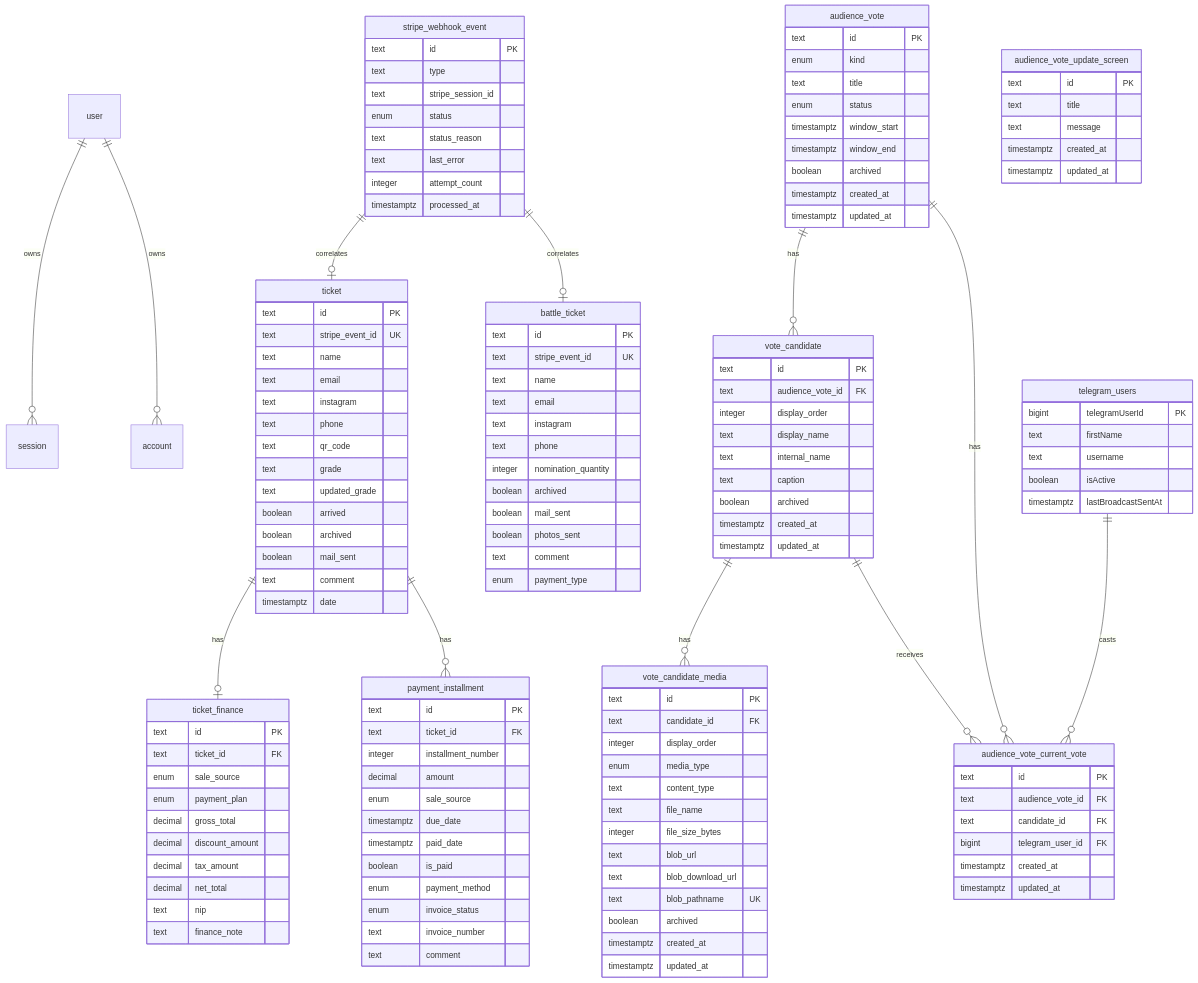
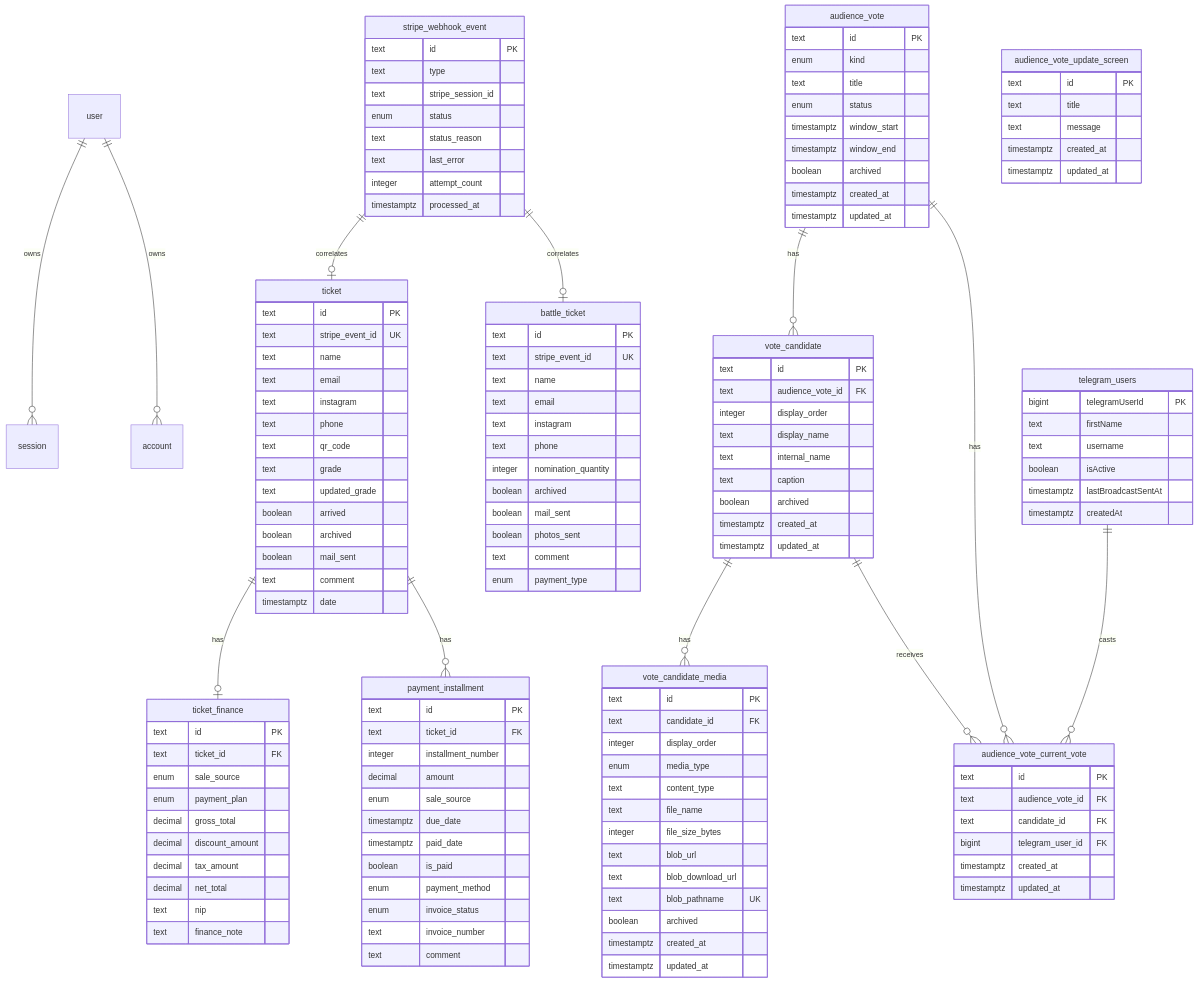
The diagram in docs/data-model.md (serhiihaniuk/nailmoment-dashboard), drawn with Mermaid before and after one commit. The commit also changed 2 other files, not shown here.

Commit message:
Document audience vote production rollout

```diff
--- a/docs/data-model.md
+++ b/docs/data-model.md
@@ -101,6 +101,7 @@
     text username
     boolean isActive
     timestamptz lastBroadcastSentAt
+    timestamptz createdAt
   }
 
   audience_vote {
```
